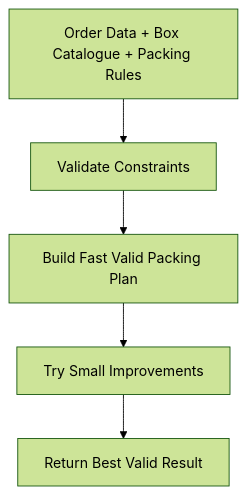
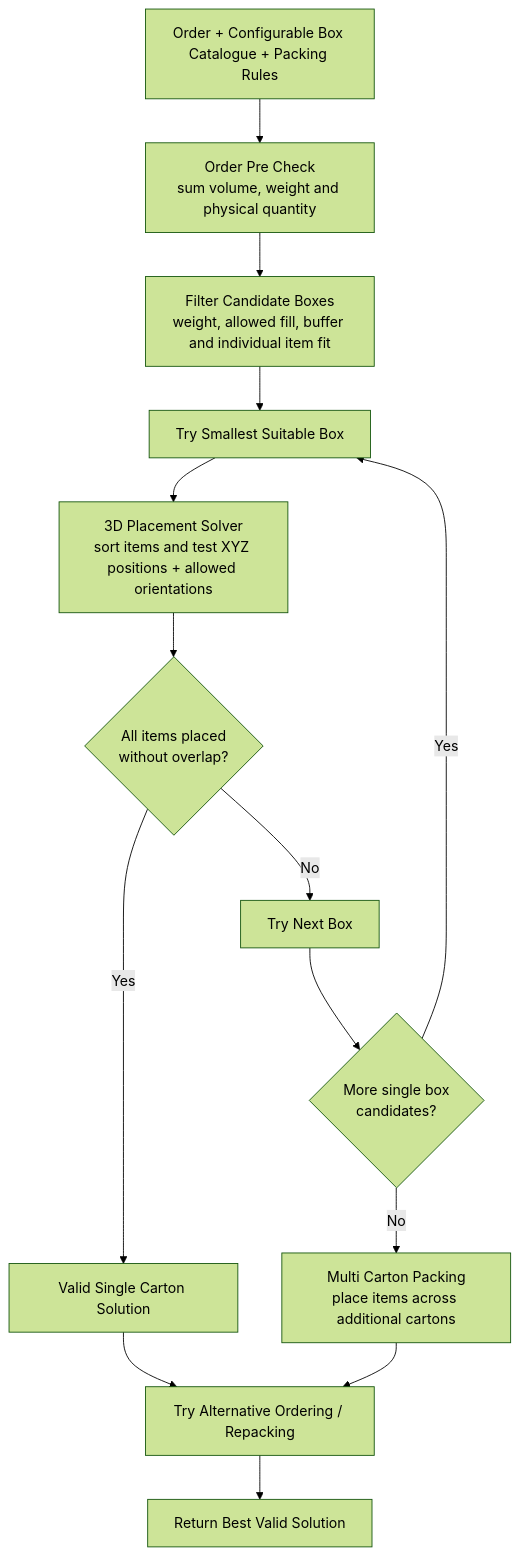
Before and after one commit to Voycepeh/ihubsolutions-capstone-project: the diagram in README.md, drawn with Mermaid (forest theme). The commit also changed other lines of this file, not shown here.

Commit message:
docs: clarify solver feasibility and 3D placement flow

````diff
--- a/README.md
+++ b/README.md
@@ -28,10 +36,21 @@
 ```mermaid
 flowchart TD
-    A[Order Data + Box Catalogue + Packing Rules]
-    B[Validate Constraints]
-    C[Build Fast Valid Packing Plan]
-    D[Try Small Improvements]
-    E[Return Best Valid Result]
+    A[Order + Configurable Box Catalogue + Packing Rules]
+    B[Order Pre Check<br/>sum volume, weight and physical quantity]
+    C[Filter Candidate Boxes<br/>weight, allowed fill, buffer and individual item fit]
+    D[Try Smallest Suitable Box]
+    E[3D Placement Solver<br/>sort items and test XYZ positions + allowed orientations]
+    F{All items placed<br/>without overlap?}
+    G[Valid Single Carton Solution]
+    H[Try Next Box]
+    I{More single box<br/>candidates?}
+    J[Multi Carton Packing<br/>place items across additional cartons]
+    K[Try Alternative Ordering / Repacking]
+    L[Return Best Valid Solution]
 
-    A --> B --> C --> D --> E
+    A --> B --> C --> D --> E --> F
+    F -->|Yes| G --> K --> L
+    F -->|No| H --> I
+    I -->|Yes| D
+    I -->|No| J --> K
 ```
````
